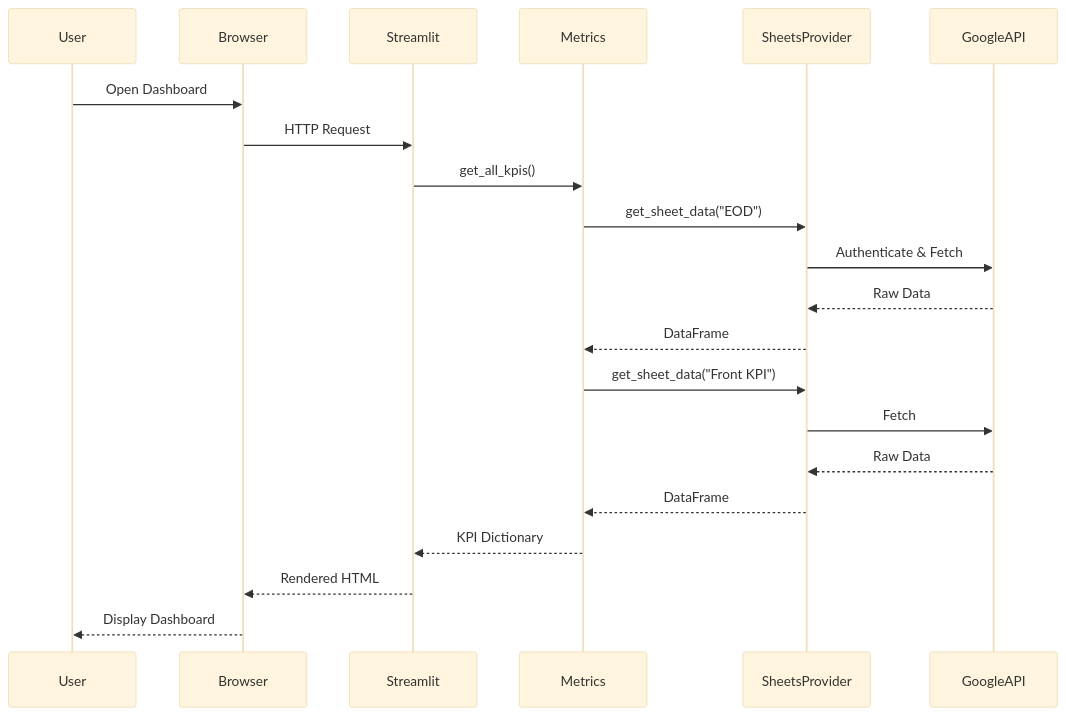
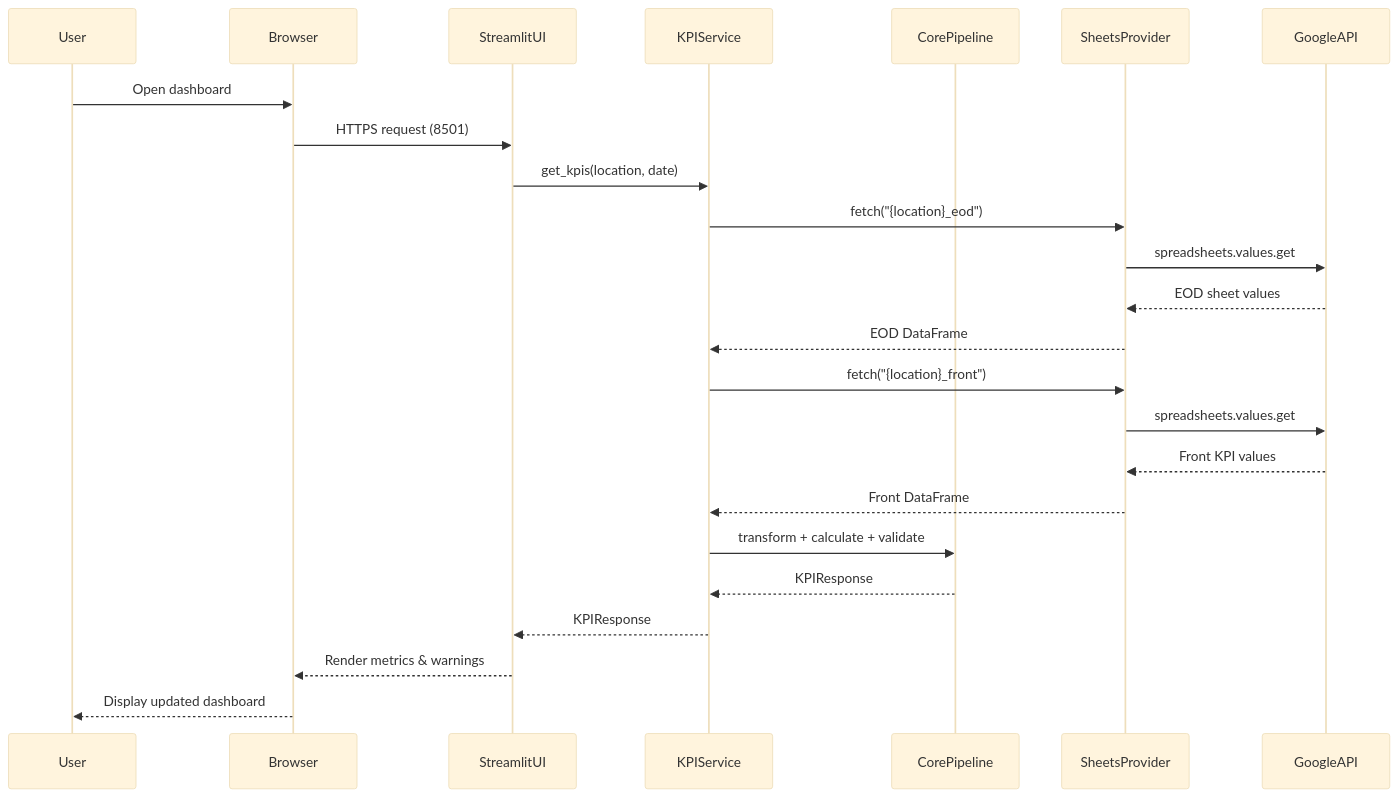
The diagram in docs/architecture/fullstack-architecture.md (AojdevStudio/dental-analytics), drawn with Mermaid (base theme) before and after one commit. The commit also changed other lines of this file and 23 other files, not shown here.

First line of the commit message:
✨ feat: implement 5-layer architecture with pure business logic

````diff
--- a/docs/architecture/fullstack-architecture.md
+++ b/docs/architecture/fullstack-architecture.md
@@ -182,24 +189,27 @@
 ```mermaid
 sequenceDiagram
     participant User
     participant Browser
-    participant Streamlit
-    participant Metrics
+    participant StreamlitUI
+    participant KPIService
+    participant CorePipeline
     participant SheetsProvider
     participant GoogleAPI
 
-    User->>Browser: Open Dashboard
-    Browser->>Streamlit: HTTP Request
-    Streamlit->>Metrics: get_all_kpis()
-    Metrics->>SheetsProvider: get_sheet_data("EOD")
-    SheetsProvider->>GoogleAPI: Authenticate & Fetch
-    GoogleAPI-->>SheetsProvider: Raw Data
-    SheetsProvider-->>Metrics: DataFrame
-    Metrics->>SheetsProvider: get_sheet_data("Front KPI")
-    SheetsProvider->>GoogleAPI: Fetch
-    GoogleAPI-->>SheetsProvider: Raw Data
-    SheetsProvider-->>Metrics: DataFrame
-    Metrics-->>Streamlit: KPI Dictionary
-    Streamlit-->>Browser: Rendered HTML
-    Browser-->>User: Display Dashboard
+    User->>Browser: Open dashboard
+    Browser->>StreamlitUI: HTTPS request (8501)
+    StreamlitUI->>KPIService: get_kpis(location, date)
+    KPIService->>SheetsProvider: fetch("{location}_eod")
+    SheetsProvider->>GoogleAPI: spreadsheets.values.get
+    GoogleAPI-->>SheetsProvider: EOD sheet values
+    SheetsProvider-->>KPIService: EOD DataFrame
+    KPIService->>SheetsProvider: fetch("{location}_front")
+    SheetsProvider->>GoogleAPI: spreadsheets.values.get
+    GoogleAPI-->>SheetsProvider: Front KPI values
+    SheetsProvider-->>KPIService: Front DataFrame
+    KPIService->>CorePipeline: transform + calculate + validate
+    CorePipeline-->>KPIService: KPIResponse
+    KPIService-->>StreamlitUI: KPIResponse
+    StreamlitUI-->>Browser: Render metrics & warnings
+    Browser-->>User: Display updated dashboard
 ```
````
